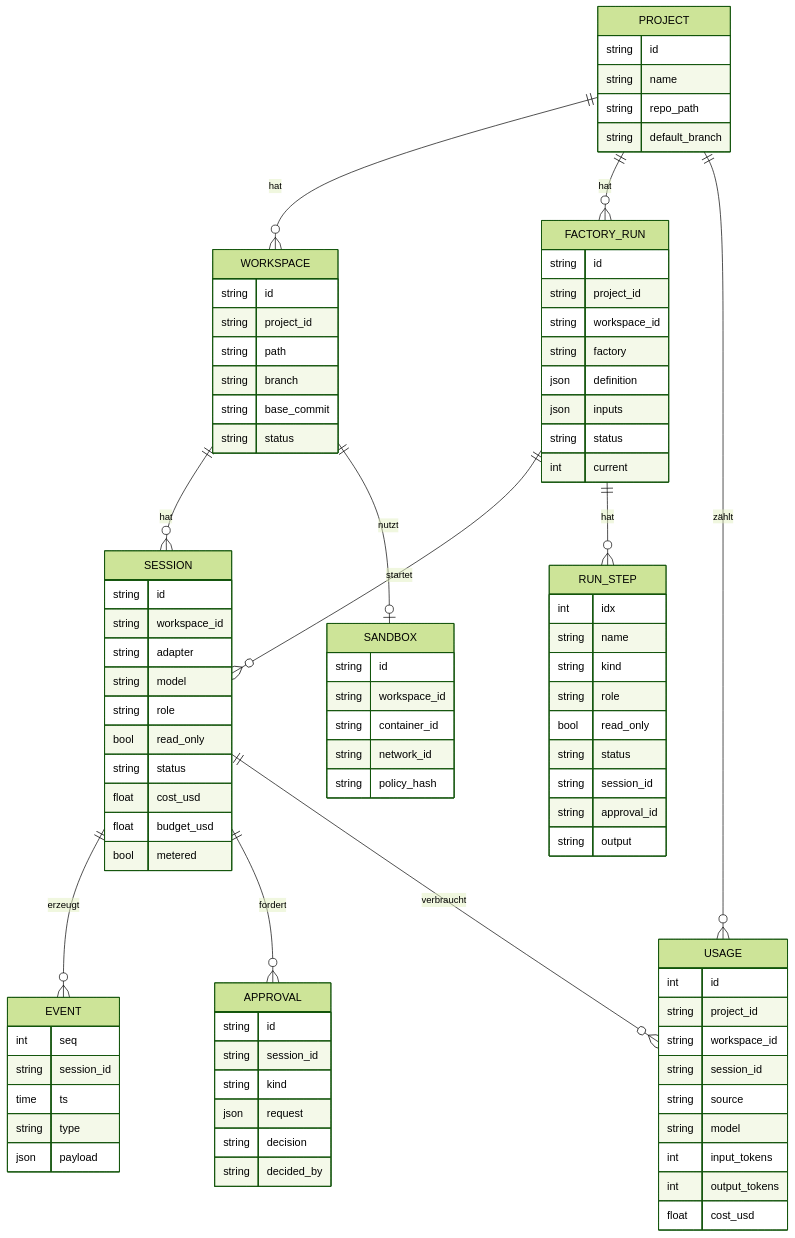
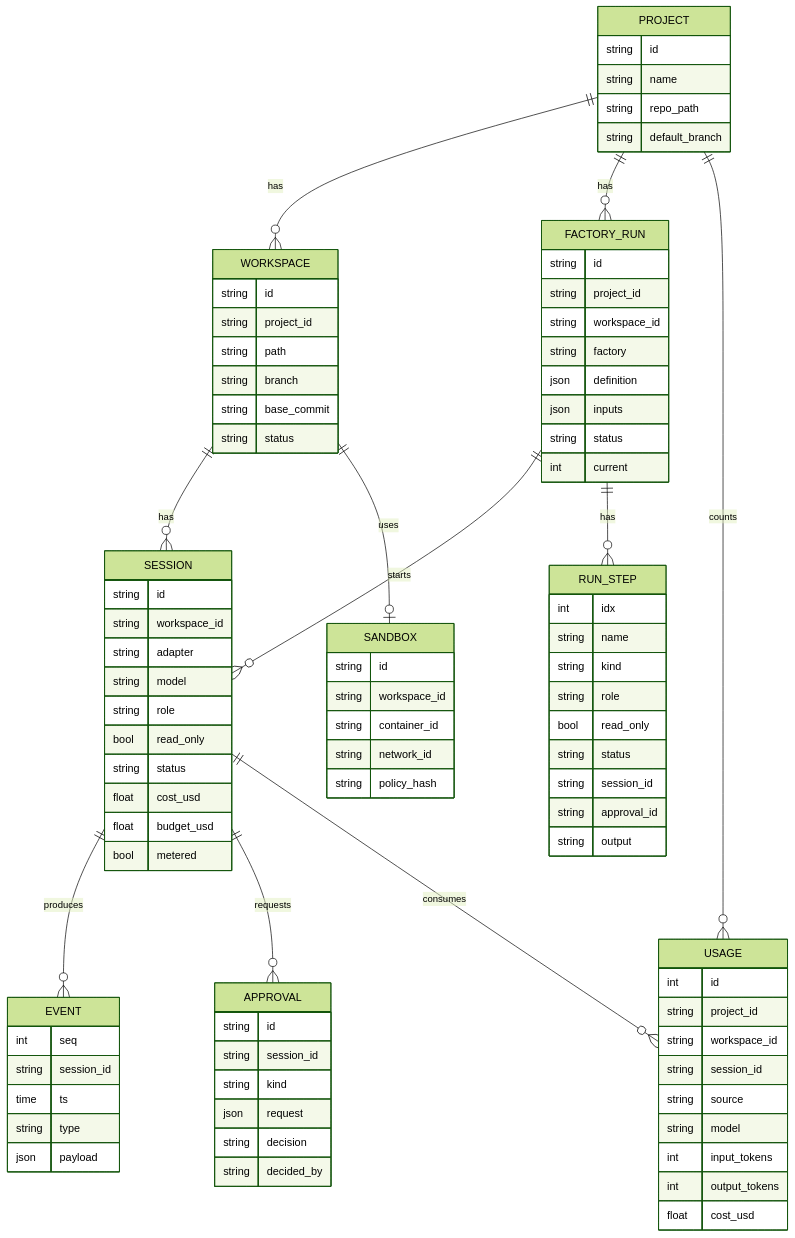
Before and after one commit to DavidW475/ade: the second of 3 diagrams in doc/architecture.md, drawn with Mermaid (forest theme). The commit also changed other lines of this file and 32 other files, not shown here.

````diff
--- a/doc/architecture.md
+++ b/doc/architecture.md
@@ -166,14 +167,14 @@
 ```mermaid
 erDiagram
-    PROJECT ||--o{ WORKSPACE : hat
-    WORKSPACE ||--o{ SESSION : hat
-    WORKSPACE ||--o| SANDBOX : nutzt
-    SESSION ||--o{ EVENT : erzeugt
-    SESSION ||--o{ APPROVAL : fordert
-    PROJECT ||--o{ FACTORY_RUN : hat
-    FACTORY_RUN ||--o{ SESSION : startet
-    PROJECT ||--o{ USAGE : zählt
-    SESSION ||--o{ USAGE : verbraucht
+    PROJECT ||--o{ WORKSPACE : has
+    WORKSPACE ||--o{ SESSION : has
+    WORKSPACE ||--o| SANDBOX : uses
+    SESSION ||--o{ EVENT : produces
+    SESSION ||--o{ APPROVAL : requests
+    PROJECT ||--o{ FACTORY_RUN : has
+    FACTORY_RUN ||--o{ SESSION : starts
+    PROJECT ||--o{ USAGE : counts
+    SESSION ||--o{ USAGE : consumes
 
     PROJECT {
         string id
@@ -244,7 +245,7 @@
         string status
         int current
     }
-    FACTORY_RUN ||--o{ RUN_STEP : hat
+    FACTORY_RUN ||--o{ RUN_STEP : has
     RUN_STEP {
         int idx
         string name
````
